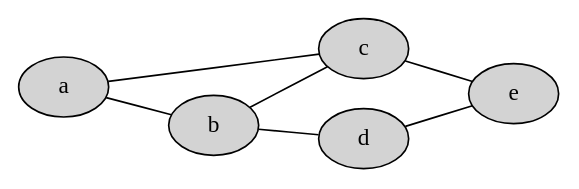
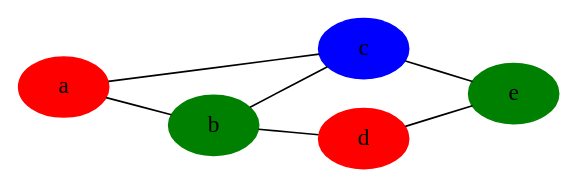
Before and after one commit to jaanos/diskretne-strukture-fim: the first of 4 diagrams in zapiski/2020-21/2021-01-14.md, drawn with Graphviz. The commit also changed other lines of this file, not shown here.

````diff
--- a/zapiski/2020-21/2021-01-14.md
+++ b/zapiski/2020-21/2021-01-14.md
@@ -45,13 +195,19 @@
 ```graphviz
 graph G1 {
   rankdir=LR
   node [style=filled]
 
   a -- b
   a -- c
   b -- c
   b -- d
   c -- e
   d -- e
+
+  a [color=red]
+  b [color=green]
+  c [color=blue]
+  d [color=red]
+  e [color=green]
 }
 ```
````
